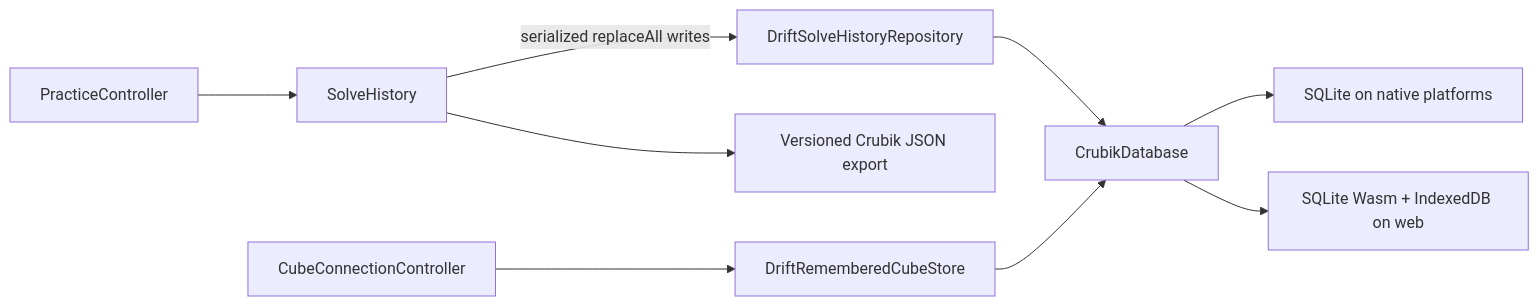
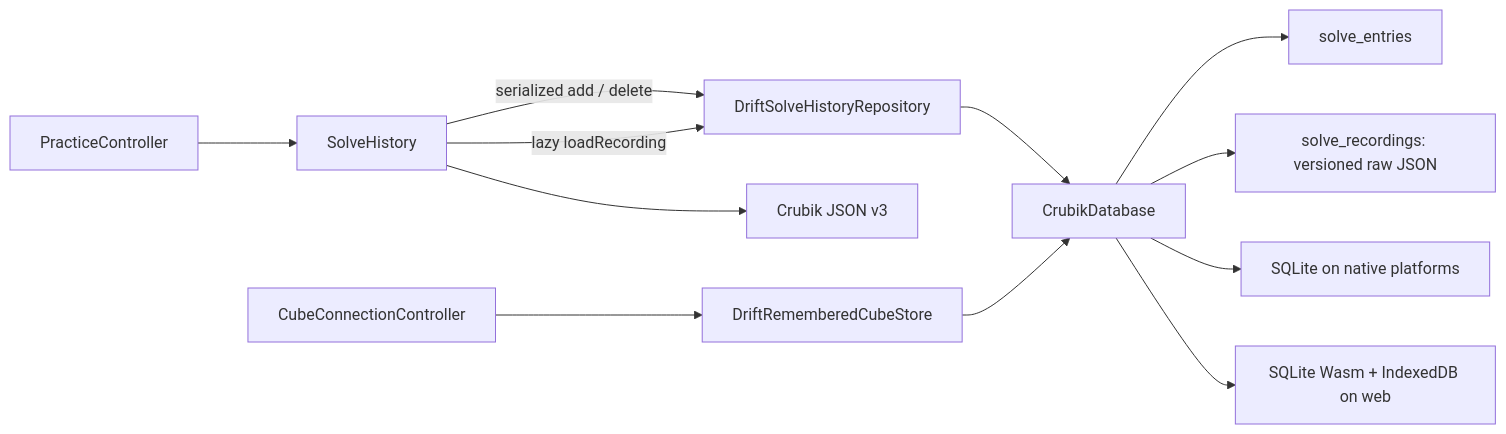
Before and after one commit to Hyponauts/Crubik: the fourth of 4 diagrams in docs/architecture.md, drawn with Mermaid. The commit also changed other lines of this file and 37 other files, not shown here.

Commit message:
Record smart-cube solves with reliable timing and versioned export

````diff
--- a/docs/architecture.md
+++ b/docs/architecture.md
@@ -211,11 +242,14 @@
 ```mermaid
 flowchart LR
     Practice["PracticeController"] --> History["SolveHistory"]
-    History -->|serialized replaceAll writes| SolveRepo["DriftSolveHistoryRepository"]
+    History -->|serialized add / delete| SolveRepo["DriftSolveHistoryRepository"]
     Connection["CubeConnectionController"] --> Remembered["DriftRememberedCubeStore"]
     SolveRepo --> DB["CrubikDatabase"]
     Remembered --> DB
+    DB --> Summaries["solve_entries"]
+    DB --> Recordings["solve_recordings: versioned raw JSON"]
     DB --> Native["SQLite on native platforms"]
     DB --> Web["SQLite Wasm + IndexedDB on web"]
-    History --> Export["Versioned Crubik JSON export"]
+    History -->|lazy loadRecording| SolveRepo
+    History --> Export["Crubik JSON v3"]
 ```
````
